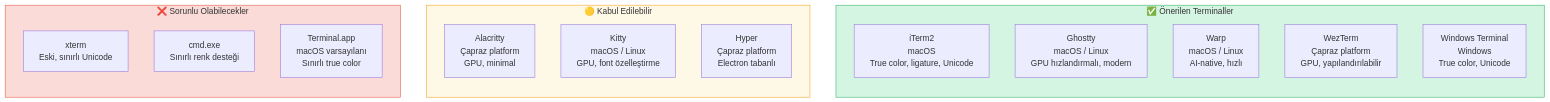
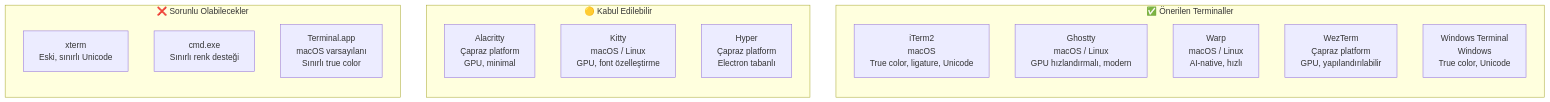
Before and after one commit to IzzetYasinAtes/ClaudeCodeHandbook: the first of 5 diagrams in 17-konfigurasyon/08-terminal-optimizasyonu.md, drawn with Mermaid. The commit also changed other lines of this file and 97 other files, not shown here.

Commit message:
Remove all custom Mermaid style/fill colors from 98 markdown files for consistent dark theme rendering

````diff
--- a/17-konfigurasyon/08-terminal-optimizasyonu.md
+++ b/17-konfigurasyon/08-terminal-optimizasyonu.md
@@ -18,29 +18,26 @@
 ```mermaid
 flowchart TD
     subgraph recommended ["✅ Önerilen Terminaller"]
         direction TB
         ITERM["iTerm2<br/>macOS<br/>True color, ligature, Unicode"]
         GHOSTTY["Ghostty<br/>macOS / Linux<br/>GPU hızlandırmalı, modern"]
         WARP["Warp<br/>macOS / Linux<br/>AI-native, hızlı"]
         WEZTERM["WezTerm<br/>Çapraz platform<br/>GPU, yapılandırılabilir"]
         WTERM["Windows Terminal<br/>Windows<br/>True color, Unicode"]
     end
 
     subgraph acceptable ["🟡 Kabul Edilebilir"]
         direction TB
         ALACRITTY["Alacritty<br/>Çapraz platform<br/>GPU, minimal"]
         KITTY["Kitty<br/>macOS / Linux<br/>GPU, font özelleştirme"]
         HYPER["Hyper<br/>Çapraz platform<br/>Electron tabanlı"]
     end
 
     subgraph avoid ["❌ Sorunlu Olabilecekler"]
         direction TB
         XTERM["xterm<br/>Eski, sınırlı Unicode"]
         CMD["cmd.exe<br/>Sınırlı renk desteği"]
         TERM_APP["Terminal.app<br/>macOS varsayılanı<br/>Sınırlı true color"]
     end
 
-    style recommended fill:#D5F5E3,stroke:#27AE60
-    style acceptable fill:#FEF9E7,stroke:#F39C12
-    style avoid fill:#FADBD8,stroke:#E74C3C
 ```
````
